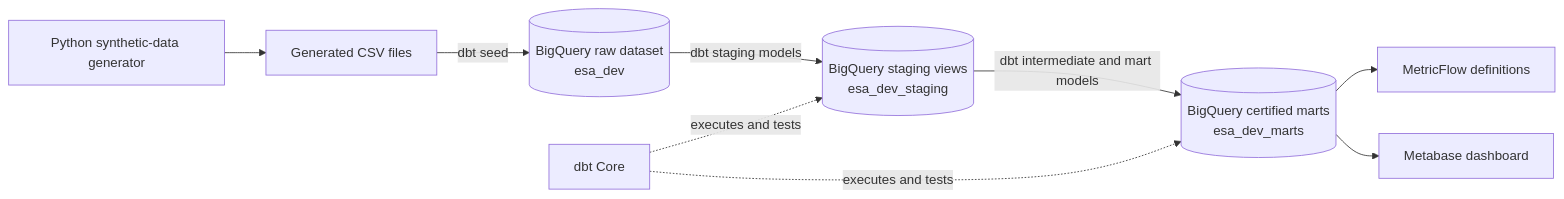
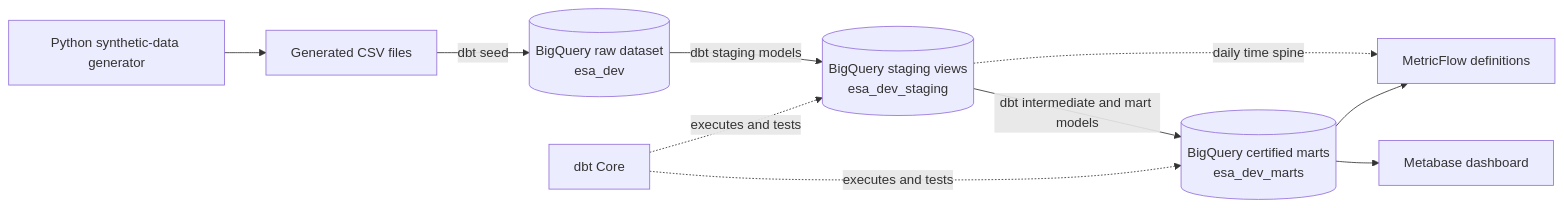
One commit to IshmitaBasu/Energy-Subscription-Analytics changed the first of 2 diagrams in docs/architecture.md. Above: the diagram before and after it, drawn with Mermaid. The commit also changed other lines of this file and 37 other files, not shown here.

````diff
--- a/docs/architecture.md
+++ b/docs/architecture.md
@@ -28,20 +27,21 @@
 ```mermaid
 flowchart LR
     G[Python synthetic-data generator]
     C[Generated CSV files]
     R[(BigQuery raw dataset<br/>esa_dev)]
     D[dbt Core]
     S[(BigQuery staging views<br/>esa_dev_staging)]
     M[(BigQuery certified marts<br/>esa_dev_marts)]
     F[MetricFlow definitions]
     B[Metabase dashboard]
 
     G --> C
     C -->|dbt seed| R
     R -->|dbt staging models| S
     S -->|dbt intermediate and mart models| M
     D -.->|executes and tests| S
     D -.->|executes and tests| M
+    S -.->|daily time spine| F
     M --> F
     M --> B
 ```
````
